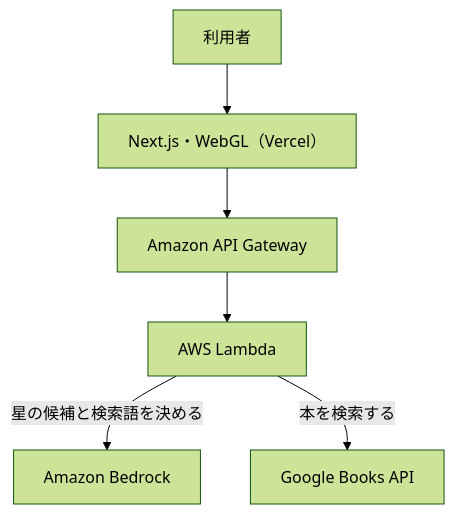
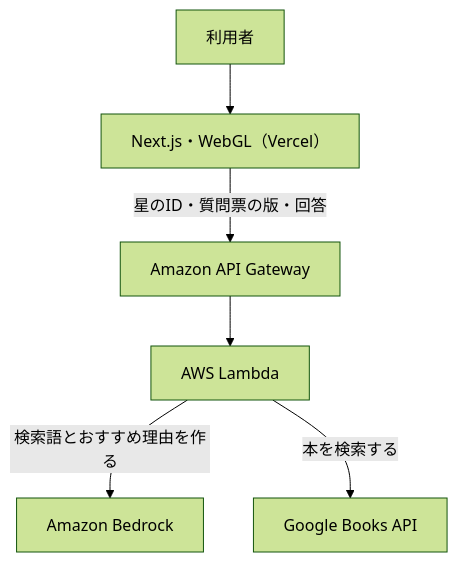
Before and after one commit to nitr0yukkuri/HACKSTAGE_GROST: the diagram in docs/hoshirube.md, drawn with Mermaid (forest theme). The commit also changed other lines of this file and 13 other files, not shown here.

````diff
--- a/docs/hoshirube.md
+++ b/docs/hoshirube.md
@@ -41,8 +41,8 @@
 ```mermaid
 flowchart TD
     User["利用者"] --> Web["Next.js・WebGL（Vercel）"]
-    Web --> Gateway["Amazon API Gateway"]
+    Web -->|"星のID・質問票の版・回答"| Gateway["Amazon API Gateway"]
     Gateway --> Lambda["AWS Lambda"]
-    Lambda -->|星の候補と検索語を決める| Bedrock["Amazon Bedrock"]
-    Lambda -->|本を検索する| Books["Google Books API"]
+    Lambda -->|"検索語とおすすめ理由を作る"| Bedrock["Amazon Bedrock"]
+    Lambda -->|"本を検索する"| Books["Google Books API"]
 ```
````
